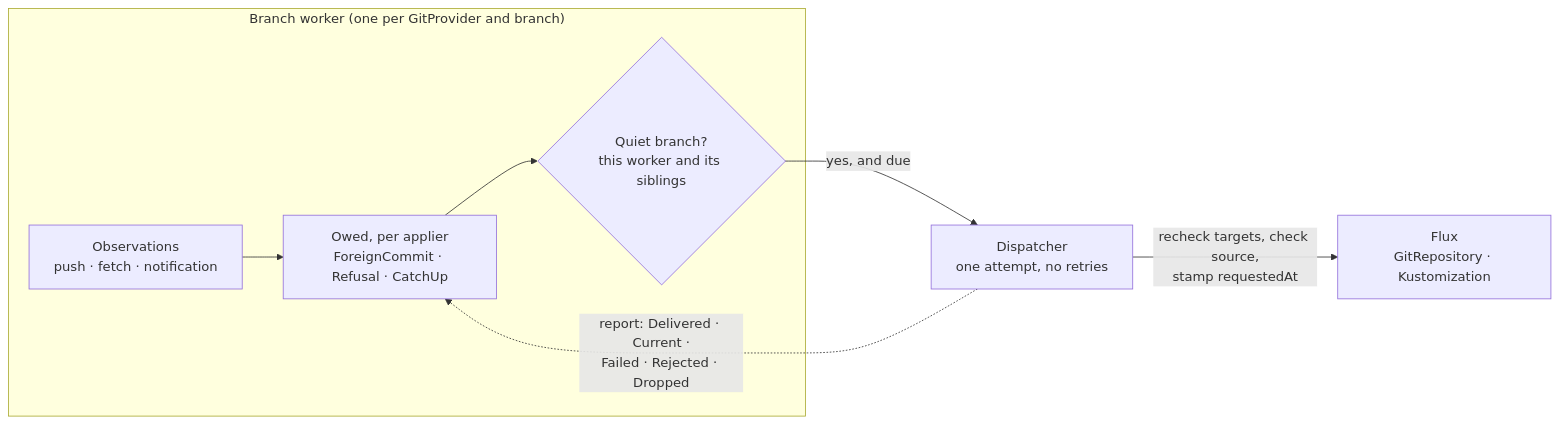
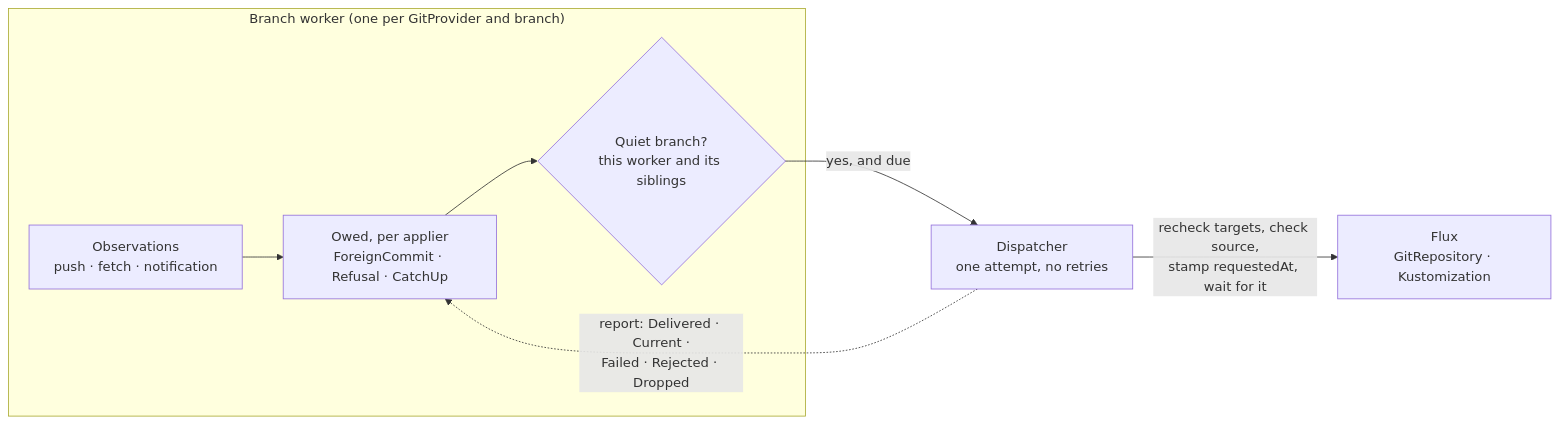
One commit to ConfigButler/gitops-reverser changed the diagram in docs/design/apply-trigger.md. Above: the diagram before and after it, drawn with Mermaid. The commit also changed other lines of this file and 18 other files, not shown here.

````diff
--- a/docs/design/apply-trigger.md
+++ b/docs/design/apply-trigger.md
@@ -95,15 +96,15 @@
 ```mermaid
 flowchart LR
     subgraph WORKER["Branch worker (one per GitProvider and branch)"]
         OBS["Observations<br/>push · fetch · notification"]
         OWE["Owed, per applier<br/>ForeignCommit · Refusal · CatchUp"]
         QUIET{"Quiet branch?<br/>this worker and its siblings"}
     end
     EXEC["Dispatcher<br/>one attempt, no retries"]
     FLUX["Flux<br/>GitRepository · Kustomization"]
 
     OBS --> OWE --> QUIET
     QUIET -- "yes, and due" --> EXEC
-    EXEC -- "recheck targets, check source,<br/>stamp requestedAt" --> FLUX
+    EXEC -- "recheck targets, check source,<br/>stamp requestedAt, wait for it" --> FLUX
     EXEC -. "report: Delivered · Current ·<br/>Failed · Rejected · Dropped" .-> OWE
 ```
````
